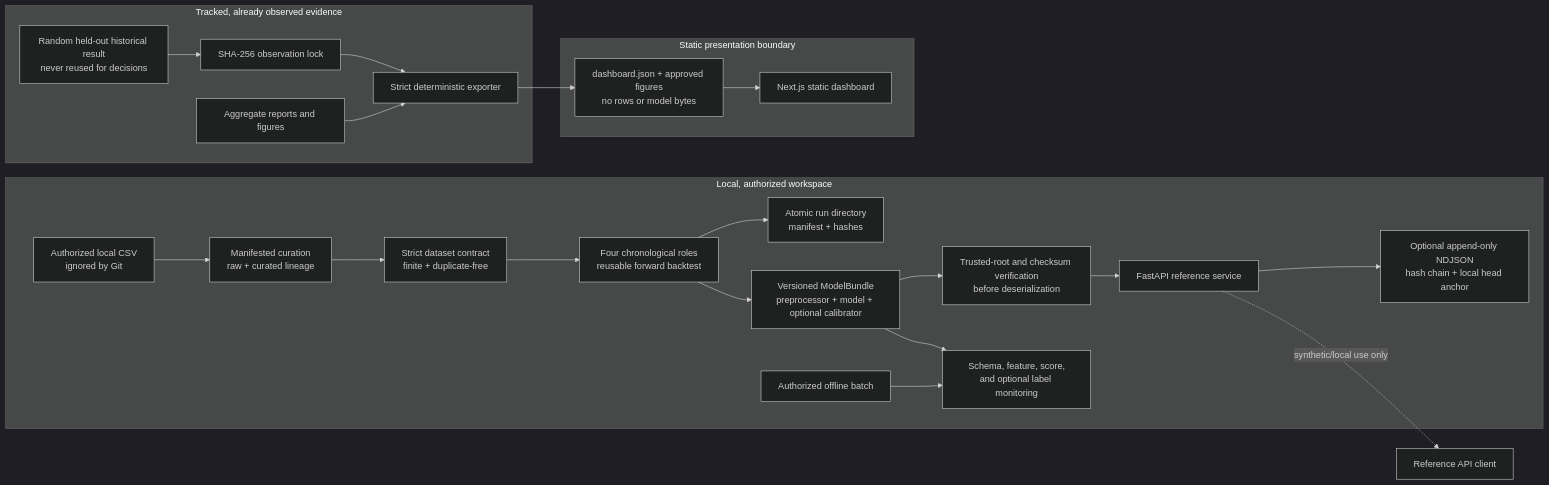
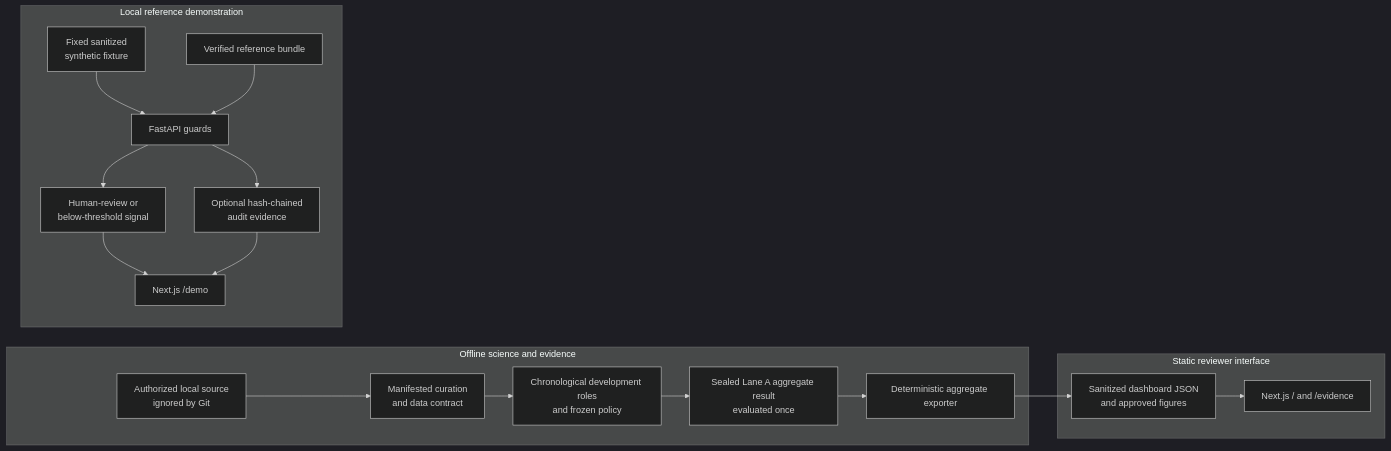
The diagram in docs/ARCHITECTURE.md (imayankss/SecureSwipe), drawn with Mermaid (dark theme) before and after one commit. The commit also changed other lines of this file and 48 other files, not shown here.

````diff
--- a/docs/ARCHITECTURE.md
+++ b/docs/ARCHITECTURE.md
@@ -7,28 +15,23 @@
 ```mermaid
 flowchart LR
-    subgraph Local["Local, authorized workspace"]
-      Raw["Authorized local CSV\nignored by Git"] --> Curate["Manifested curation\nraw + curated lineage"]
-      Curate --> Contract["Strict dataset contract\nfinite + duplicate-free"]
-      Contract --> Dev["Four chronological roles\nreusable forward backtest"]
-      Dev --> Evidence["Atomic run directory\nmanifest + hashes"]
-      Dev --> Bundle["Versioned ModelBundle\npreprocessor + model + optional calibrator"]
-      Bundle --> Verify["Trusted-root and checksum verification\nbefore deserialization"]
-      Verify --> API["FastAPI reference service"]
-      API --> Audit["Optional append-only NDJSON\nhash chain + local head anchor"]
-      Batch["Authorized offline batch"] --> Monitor["Schema, feature, score,\nand optional label monitoring"]
-      Bundle --> Monitor
-    end
+  subgraph Science["Offline science and evidence"]
+    Source["Authorized local source\nignored by Git"] --> Curate["Manifested curation\nand data contract"]
+    Curate --> Develop["Chronological development roles\nand frozen policy"]
+    Develop --> Seal["Sealed Lane A aggregate result\nevaluated once"]
+    Seal --> Export["Deterministic aggregate exporter"]
+  end
 
-    subgraph Locked["Tracked, already observed evidence"]
-      Historical["Random held-out historical result\nnever reused for decisions"] --> Lock["SHA-256 observation lock"]
-      Reports["Aggregate reports and figures"] --> Export["Strict deterministic exporter"]
-      Lock --> Export
-    end
+  subgraph Presentation["Static reviewer interface"]
+    Export --> JSON["Sanitized dashboard JSON\nand approved figures"]
+    JSON --> Web["Next.js / and /evidence"]
+  end
 
-    subgraph Public["Static presentation boundary"]
-      Export --> JSON["dashboard.json + approved figures\nno rows or model bytes"]
-      JSON --> Web["Next.js static dashboard"]
-    end
-
-    API -. "synthetic/local use only" .-> Client["Reference API client"]
+  subgraph Local["Local reference demonstration"]
+    Fixture["Fixed sanitized\nsynthetic fixture"] --> API["FastAPI guards"]
+    Bundle["Verified reference bundle"] --> API
+    API --> Decision["Human-review or\nbelow-threshold signal"]
+    API --> Audit["Optional hash-chained\naudit evidence"]
+    Decision --> Demo["Next.js /demo"]
+    Audit --> Demo
+  end
 ```
````
